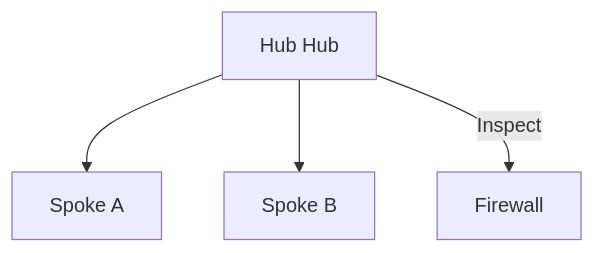
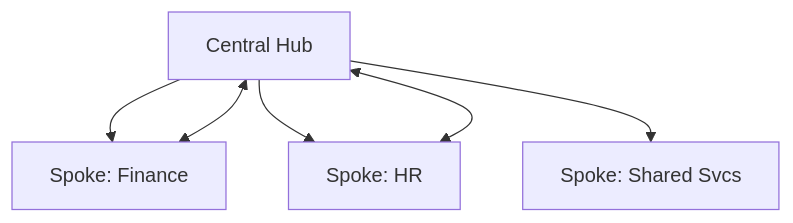
The fifth of 30 diagrams in README.md (Devopstrio/hybrid-landingzone), drawn with Mermaid before and after one commit. The commit also changed other lines of this file, not shown here.

Commit message:
docs: finalize premium institutional-grade README with 30+ diagrams and executive summary

````diff
--- a/README.md
+++ b/README.md
@@ -68,6 +112,8 @@
 ```mermaid
 graph TD
-    Hub[Hub Hub] --> S1[Spoke A]
-    Hub --> S2[Spoke B]
-    Hub -- Inspect --> FW[Firewall]
+    Hub[Central Hub] --> S1[Spoke: Finance]
+    Hub --> S2[Spoke: HR]
+    Hub --> S3[Spoke: Shared Svcs]
+    S1 <--> Hub
+    S2 <--> Hub
 ```
````
